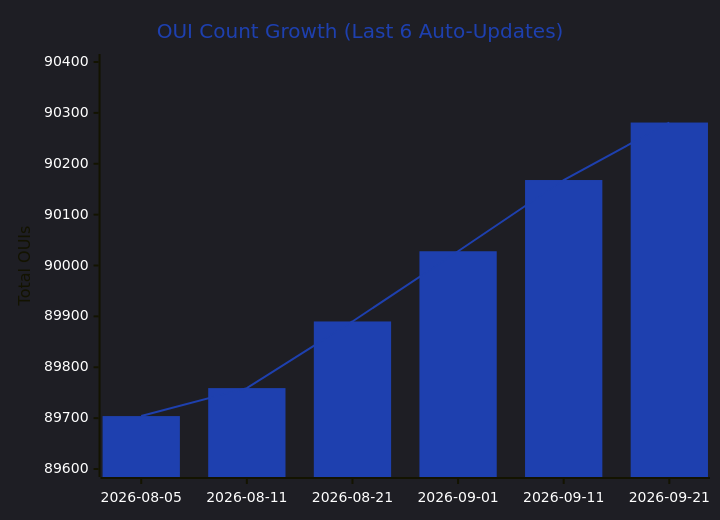
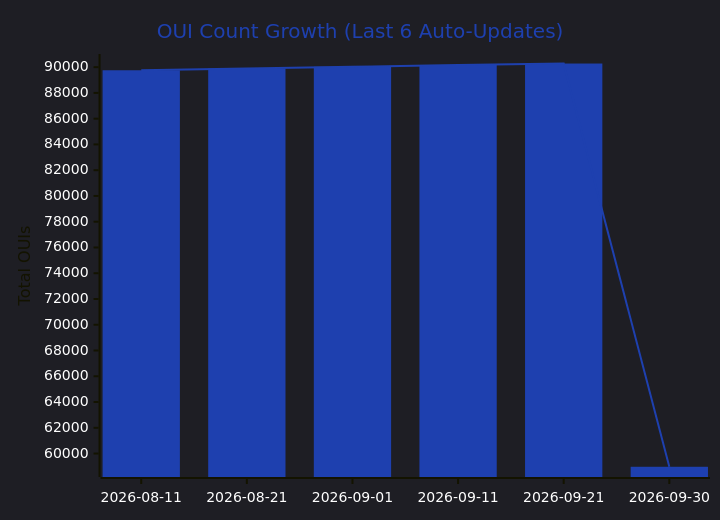
One commit to zqf20096327/dbhub_collect changed the first of 5 diagrams in data/readmes/Ringmast4r__OUI-Master-Database.md. Above: the diagram before and after it, drawn with Mermaid. The commit also changed other lines of this file and 1757 other files, not shown here.

````diff
--- a/data/readmes/Ringmast4r__OUI-Master-Database.md
+++ b/data/readmes/Ringmast4r__OUI-Master-Database.md
@@ -126,9 +75,9 @@
 ```mermaid
 %%{init: {'theme':'dark', 'themeVariables': {'xyChart': {'backgroundColor':'#00000000','plotColorPalette':'#1E40AF','titleColor':'#1E40AF','xAxisLabelColor':'#ffffff','yAxisLabelColor':'#ffffff'}}}}%%
 xychart-beta
     title "OUI Count Growth (Last 6 Auto-Updates)"
-    x-axis ["2026-08-05", "2026-08-11", "2026-08-21", "2026-09-01", "2026-09-11", "2026-09-21"]
-    y-axis "Total OUIs" 89600 --> 90400
-    bar [89704, 89759, 89890, 90028, 90168, 90281]
-    line [89704, 89759, 89890, 90028, 90168, 90281]
+    x-axis ["2026-08-11", "2026-08-21", "2026-09-01", "2026-09-11", "2026-09-21", "2026-09-30"]
+    y-axis "Total OUIs" 58800 --> 90400
+    bar [89759, 89890, 90028, 90168, 90281, 58972]
+    line [89759, 89890, 90028, 90168, 90281, 58972]
 ```
````
